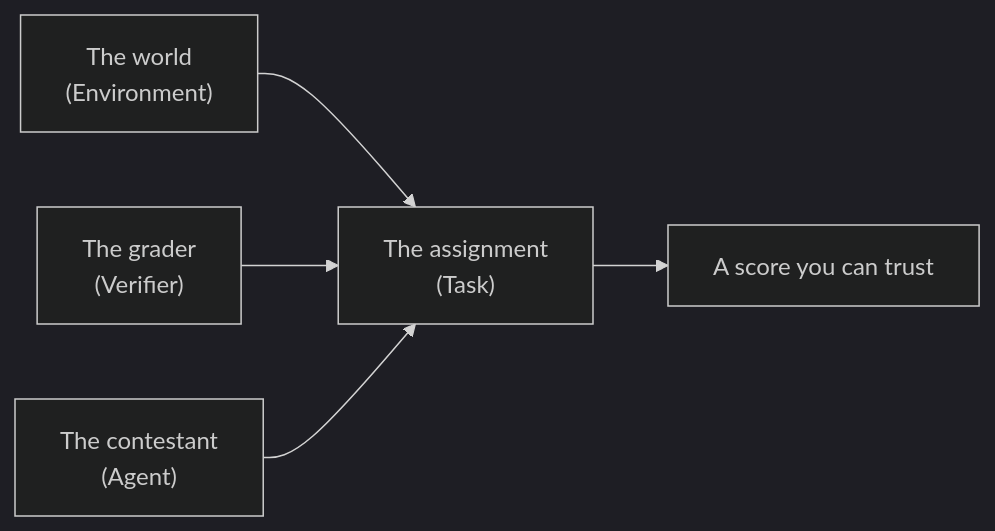
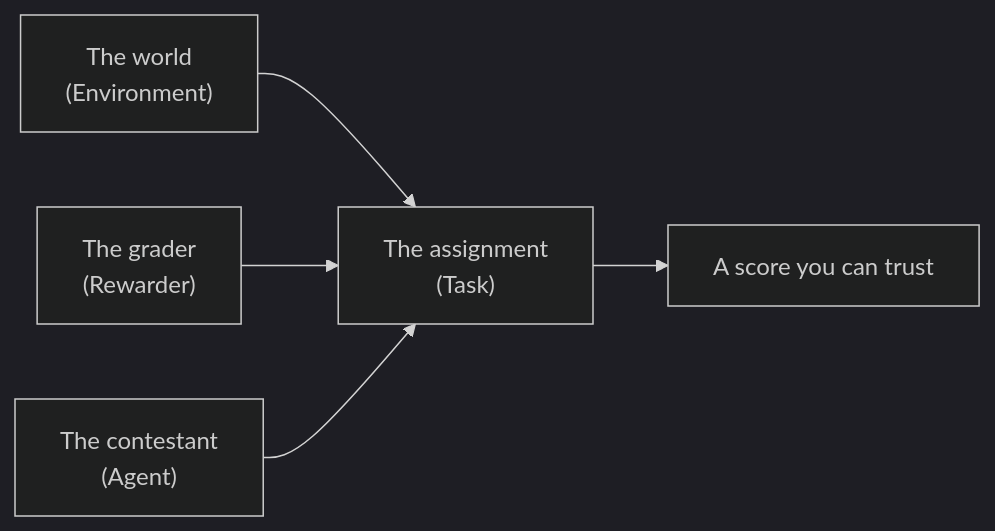
One commit to lastlabs-ai/plural changed the diagram in docs/index.md. Above: the diagram before and after it, drawn with Mermaid (dark theme). The commit also changed other lines of this file and 201 other files, not shown here.

````diff
--- a/docs/index.md
+++ b/docs/index.md
@@ -40,12 +40,12 @@
 ```mermaid
 flowchart LR
   world["The world<br/>(Environment)"]
   work["The assignment<br/>(Task)"]
-  grader["The grader<br/>(Verifier)"]
+  grader["The grader<br/>(Rewarder)"]
   contestant["The contestant<br/>(Agent)"]
   result["A score you can trust"]
   world --> work
   grader --> work
   contestant --> work
   work --> result
 ```
````
